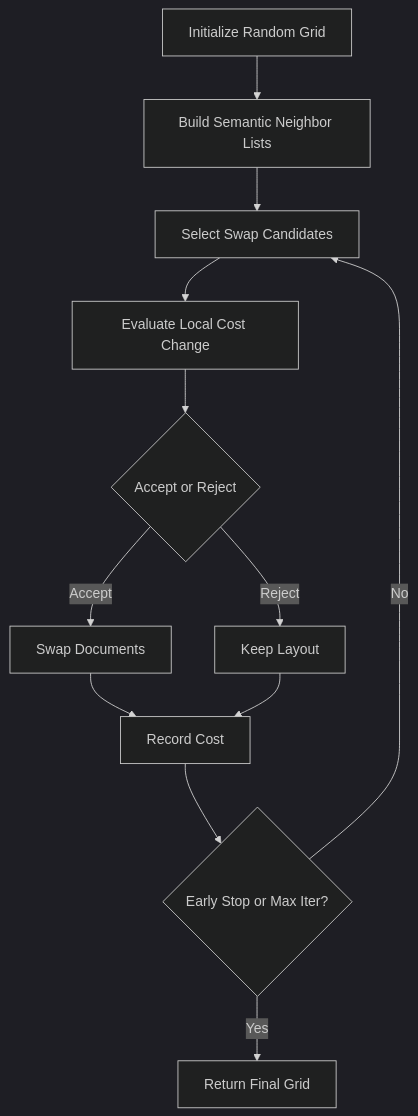
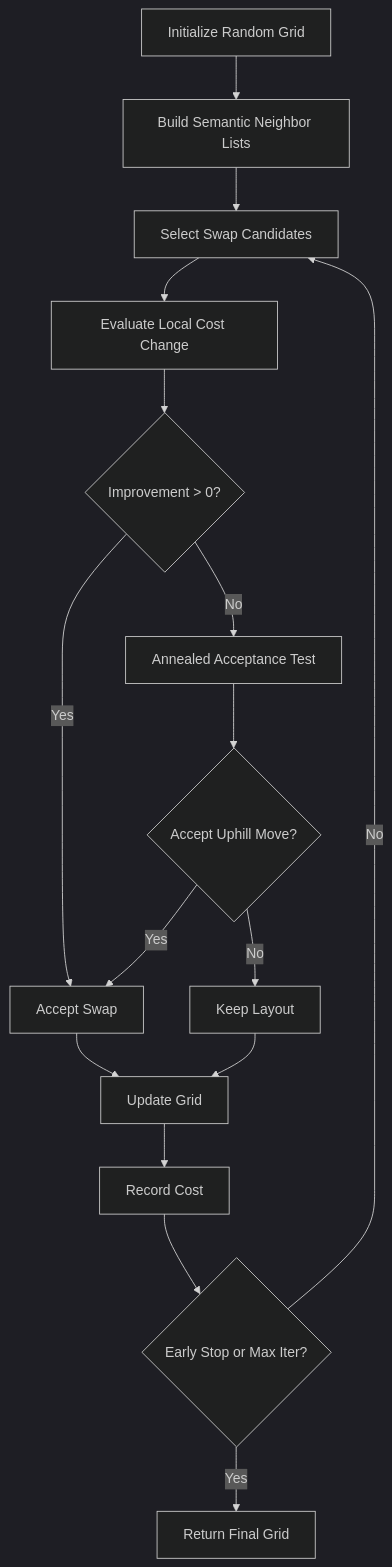
One commit to haseebraza715/llm_document_acom changed the fifth of 6 diagrams in docs/PROJECT_RESEARCH_REPORT.md. Above: the diagram before and after it, drawn with Mermaid (dark theme). The commit also changed other lines of this file, not shown here.

````diff
--- a/docs/PROJECT_RESEARCH_REPORT.md
+++ b/docs/PROJECT_RESEARCH_REPORT.md
@@ -215,14 +325,18 @@
 ```mermaid
 flowchart TD
     A["Initialize Random Grid"] --> B["Build Semantic Neighbor Lists"]
     B --> C["Select Swap Candidates"]
     C --> D["Evaluate Local Cost Change"]
-    D --> E{"Accept or Reject"}
-    E -- "Accept" --> F["Swap Documents"]
-    E -- "Reject" --> G["Keep Layout"]
-    F --> H["Record Cost"]
-    G --> H
-    H --> I{"Early Stop or Max Iter?"}
-    I -- "No" --> C
-    I -- "Yes" --> J["Return Final Grid"]
+    D --> E{"Improvement > 0?"}
+    E -- "Yes" --> F["Accept Swap"]
+    E -- "No" --> G["Annealed Acceptance Test"]
+    G --> H{"Accept Uphill Move?"}
+    H -- "Yes" --> F
+    H -- "No" --> I["Keep Layout"]
+    F --> J["Update Grid"]
+    I --> J
+    J --> K["Record Cost"]
+    K --> L{"Early Stop or Max Iter?"}
+    L -- "No" --> C
+    L -- "Yes" --> M["Return Final Grid"]
 ```
````
